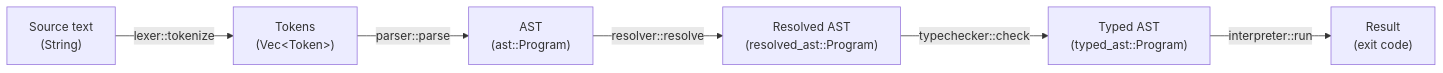
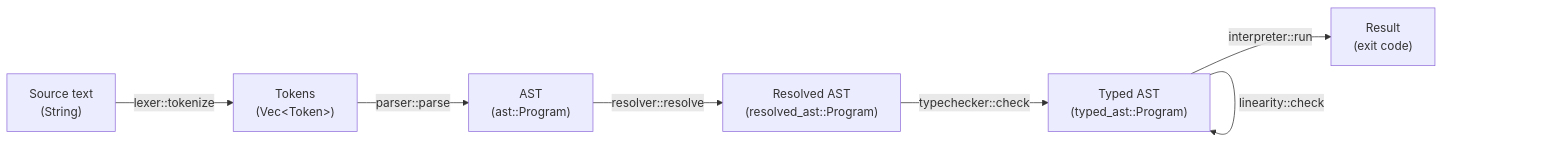
Before and after one commit to damienBloch/qlc: the first of 2 diagrams in docs/architecture.md, drawn with Mermaid. The commit also changed other lines of this file and 4 other files, not shown here.

````diff
--- a/docs/architecture.md
+++ b/docs/architecture.md
@@ -11,15 +11,16 @@
 ```mermaid
 flowchart LR
     source["Source text<br/>(String)"]
     tokens["Tokens<br/>(Vec&lt;Token&gt;)"]
     ast["AST<br/>(ast::Program)"]
     rast["Resolved AST<br/>(resolved_ast::Program)"]
     tast["Typed AST<br/>(typed_ast::Program)"]
     result["Result<br/>(exit code)"]
 
     source -- "lexer::tokenize" --> tokens
     tokens -- "parser::parse" --> ast
     ast -- "resolver::resolve" --> rast
     rast -- "typechecker::check" --> tast
+    tast -- "linearity::check" --> tast
     tast -- "interpreter::run" --> result
 ```
````
